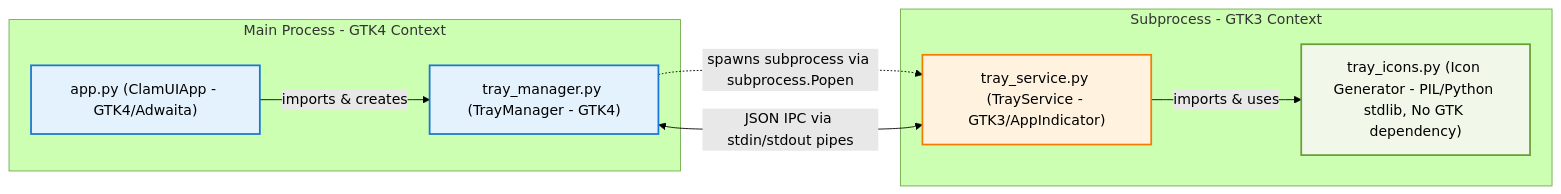
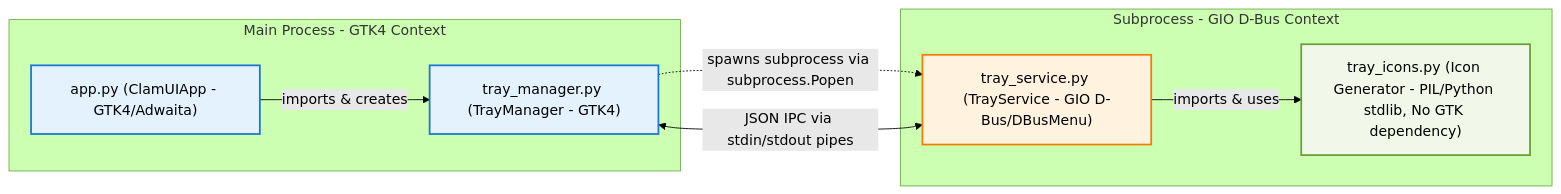
One commit to johnpetersa19/clamui changed the first of 4 diagrams in docs/architecture/tray-subprocess.md. Above: the diagram before and after it, drawn with Mermaid (forest theme). The commit also changed other lines of this file and 3 other files, not shown here.

````diff
--- a/docs/architecture/tray-subprocess.md
+++ b/docs/architecture/tray-subprocess.md
@@ -19,24 +21,24 @@
 ```mermaid
 graph LR
     subgraph MainProcess["Main Process - GTK4 Context"]
         App["app.py (ClamUIApp - GTK4/Adwaita)"]
         TrayMgr["tray_manager.py (TrayManager - GTK4)"]
 
         App -->|imports & creates| TrayMgr
     end
 
-    subgraph Subprocess["Subprocess - GTK3 Context"]
-        TrayService["tray_service.py (TrayService - GTK3/AppIndicator)"]
+    subgraph Subprocess["Subprocess - GIO D-Bus Context"]
+        TrayService["tray_service.py (TrayService - GIO D-Bus/DBusMenu)"]
         TrayIcons["tray_icons.py (Icon Generator - PIL/Python stdlib, No GTK dependency)"]
 
         TrayService -->|imports & uses| TrayIcons
     end
 
     TrayMgr -.->|spawns subprocess via subprocess.Popen| TrayService
     TrayMgr <-->|JSON IPC via stdin/stdout pipes| TrayService
 
     style App fill:#e3f2fd,stroke:#1976d2,stroke-width:2px
     style TrayMgr fill:#e3f2fd,stroke:#1976d2,stroke-width:2px
     style TrayService fill:#fff3e0,stroke:#f57c00,stroke-width:2px
     style TrayIcons fill:#f1f8e9,stroke:#689f38,stroke-width:2px
 ```
````
